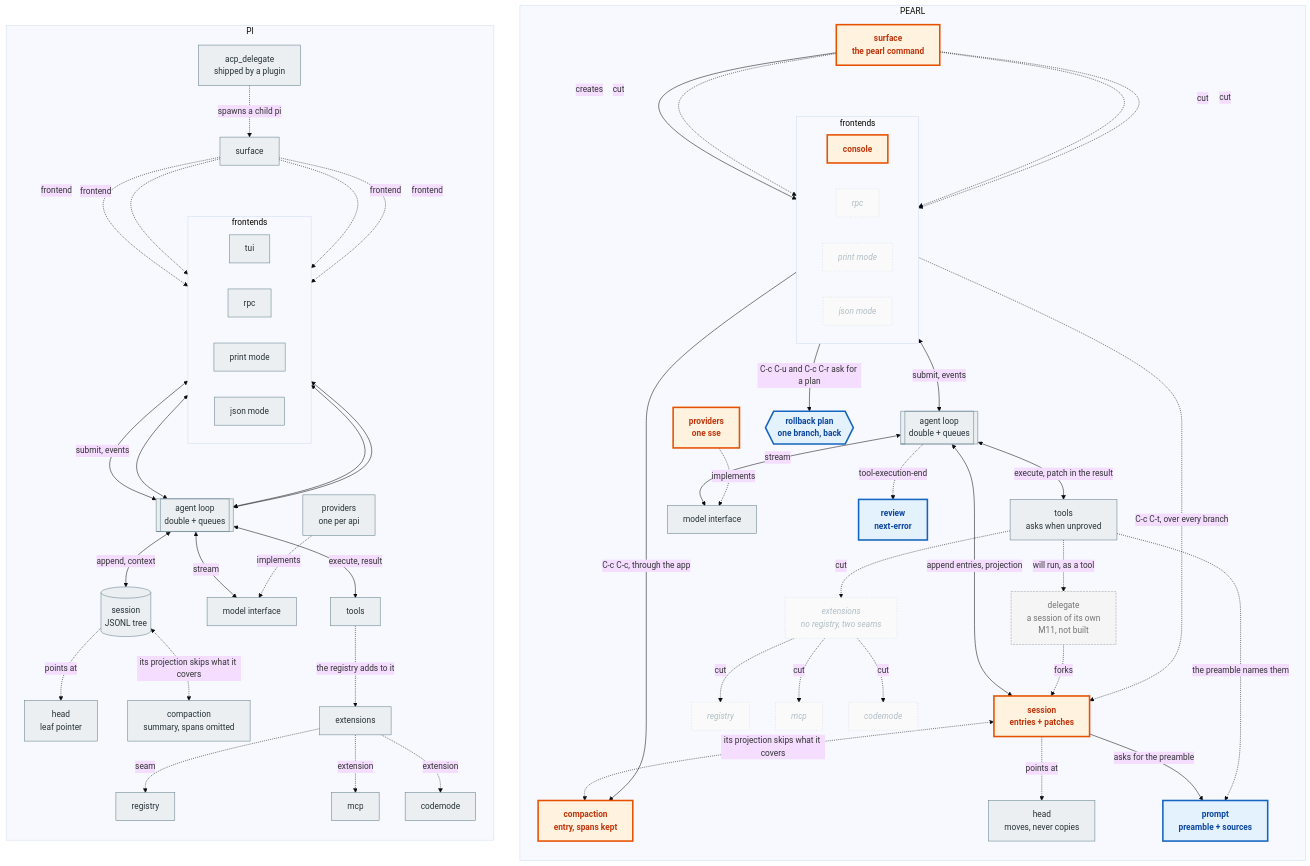
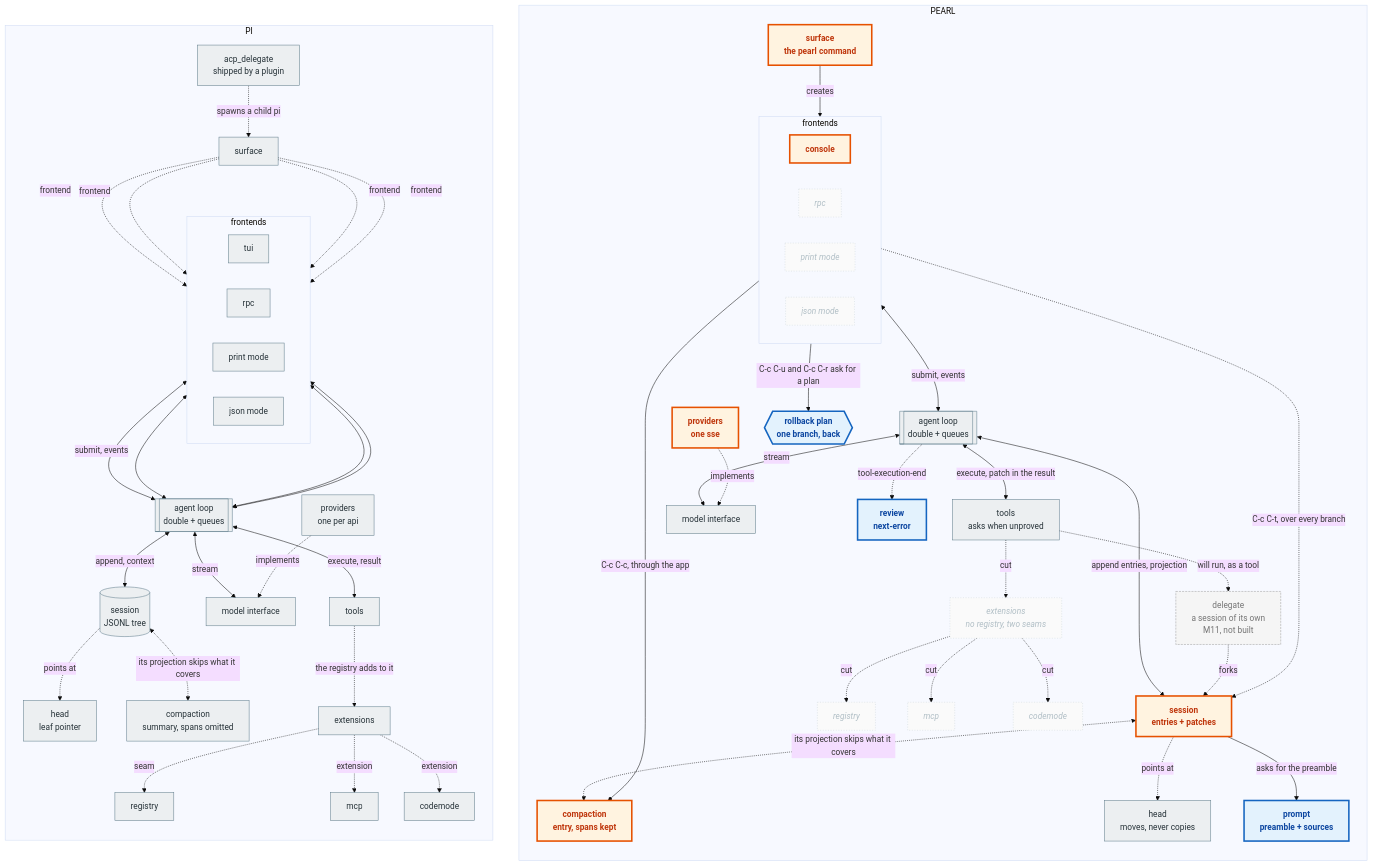
The diagram in README.md (OverbearingPearl/pearl), drawn with Mermaid (base theme) before and after one commit. The commit also changed other lines of this file, not shown here.

First line of the commit message:
Keep the figure's edges for the flow

````diff
--- a/README.md
+++ b/README.md
@@ -114,73 +114,69 @@
 ```mermaid
 flowchart TB
   subgraph R["PEARL"]
     direction TB
     r_surf["surface<br/>the pearl command"]
     subgraph r_fronts["frontends"]
       direction LR
       r_console["console"] & r_rpc["rpc"] & r_print["print mode"] & r_json["json mode"]
     end
     r_surf -->|creates| r_console
-    r_surf -.->|cut| r_rpc
-    r_surf -.->|cut| r_print
-    r_surf -.->|cut| r_json
     r_console <-->|submit, events| r_loop[["agent loop<br/>double + queues"]]
     r_console -->|C-c C-c, through the app| r_compact
     r_console -.->|C-c C-t, over every branch| r_sess
     r_loop <-->|execute, patch in the result| r_tools["tools<br/>asks when unproved"]
     r_loop <-->|stream| r_model["model interface"]
     r_loop <-->|append entries, projection| r_sess["session<br/>entries + patches"]
     r_sess -.->|points at| r_leaf["head<br/>moves, never copies"]
     r_sess <-.->|its projection skips what it covers| r_compact["compaction<br/>entry, spans kept"]
     r_tools -.->|cut| r_ext["extensions<br/>no registry, two seams"]
     r_prov["providers<br/>one sse"] -.->|implements| r_model
     r_tools -.->|will run, as a tool| r_delegate["delegate<br/>a session of its own<br/>M11, not built"]
     r_delegate -.->|forks| r_sess
     r_sess -->|asks for the preamble| r_prompt["prompt<br/>preamble + sources"]
-    r_tools -.->|the preamble names them| r_prompt
     r_plan{{"rollback plan<br/>one branch, back"}}
     r_console -->|C-c C-u and C-c C-r ask for a plan| r_plan
     r_loop -.->|tool-execution-end| r_review["review<br/>next-error"]
     r_ext -.->|cut| r_registry["registry"]
     r_ext -.->|cut| r_mcp["mcp"]
     r_ext -.->|cut| r_codemode["codemode"]
   end
   subgraph L["PI"]
     direction TB
     l_surf["surface"]
     subgraph l_fronts["frontends"]
       direction LR
       l_tui["tui"] & l_rpc["rpc"] & l_print["print mode"] & l_json["json mode"]
     end
     l_surf -.->|frontend| l_tui
     l_surf -.->|frontend| l_rpc
     l_surf -.->|frontend| l_print
     l_surf -.->|frontend| l_json
     l_tui <-->|submit, events| l_loop[["agent loop<br/>double + queues"]]
     l_rpc <--> l_loop
     l_print <--> l_loop
     l_json <--> l_loop
     l_loop <-->|execute, result| l_tools["tools"]
     l_loop <-->|stream| l_model["model interface"]
     l_loop <-->|append, context| l_sess[("session<br/>JSONL tree")]
     l_sess -.->|points at| l_leaf["head<br/>leaf pointer"]
     l_sess <-.->|its projection skips what it covers| l_compact["compaction<br/>summary, spans omitted"]
     l_tools -.->|the registry adds to it| l_ext["extensions"]
     l_ext -.->|seam| l_registry["registry"]
     l_ext -.->|extension| l_mcp["mcp"]
     l_ext -.->|extension| l_codemode["codemode"]
     l_prov["providers<br/>one per api"] -.->|implements| l_model
     l_delegate["acp_delegate<br/>shipped by a plugin"] -.->|spawns a child pi| l_surf
   end
   classDef base fill:#eceff1,stroke:#607d8b,color:#263238
   classDef changed fill:#fff3e0,stroke:#e65100,color:#bf360c,stroke-width:3px,font-weight:bold
   classDef added fill:#e3f2fd,stroke:#1565c0,color:#0d47a1,stroke-width:3px,font-weight:bold
   classDef removed fill:#fafafa,stroke:#cfd8dc,color:#b0bec5,font-style:italic,stroke-dasharray:2 3
   classDef planned fill:#f5f5f5,stroke:#9e9e9e,color:#757575,stroke-dasharray:4 2
   class l_surf,l_tui,l_rpc,l_print,l_json,l_loop,l_tools,l_model,l_sess,l_leaf,l_compact,l_ext,l_registry,l_mcp,l_codemode,l_prov,l_delegate base
   class r_loop,r_tools,r_model,r_leaf base
   class r_surf,r_console,r_sess,r_compact,r_prov changed
   class r_prompt,r_plan,r_review added
   class r_ext,r_rpc,r_print,r_json,r_registry,r_mcp,r_codemode removed
   class r_delegate planned
 ```
````
